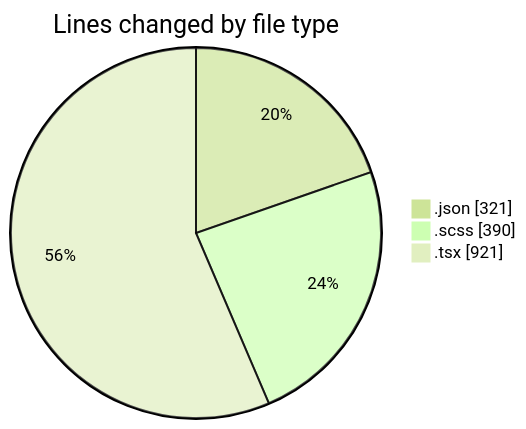
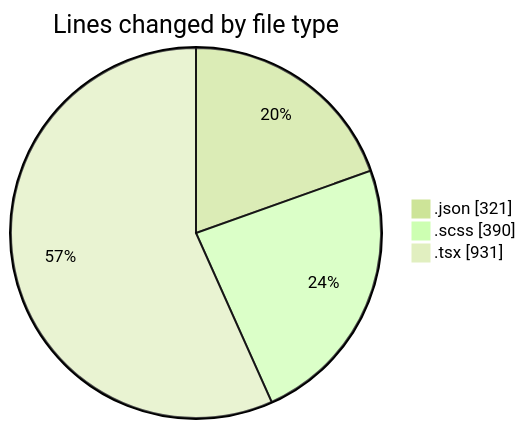
Before and after one commit to momahboobian/code-tracking: the first of 2 diagrams in 2026-04-20/cda/README.md, drawn with Mermaid (forest theme). The commit also changed other lines of this file and 1 other file, not shown here.

````diff
--- a/2026-04-20/cda/README.md
+++ b/2026-04-20/cda/README.md
@@ -27,7 +27,7 @@
 ```mermaid
 pie showData
 title Lines changed by file type
 ".json" : 321
 ".scss" : 390
-".tsx" : 921
+".tsx" : 931
 ```
````
